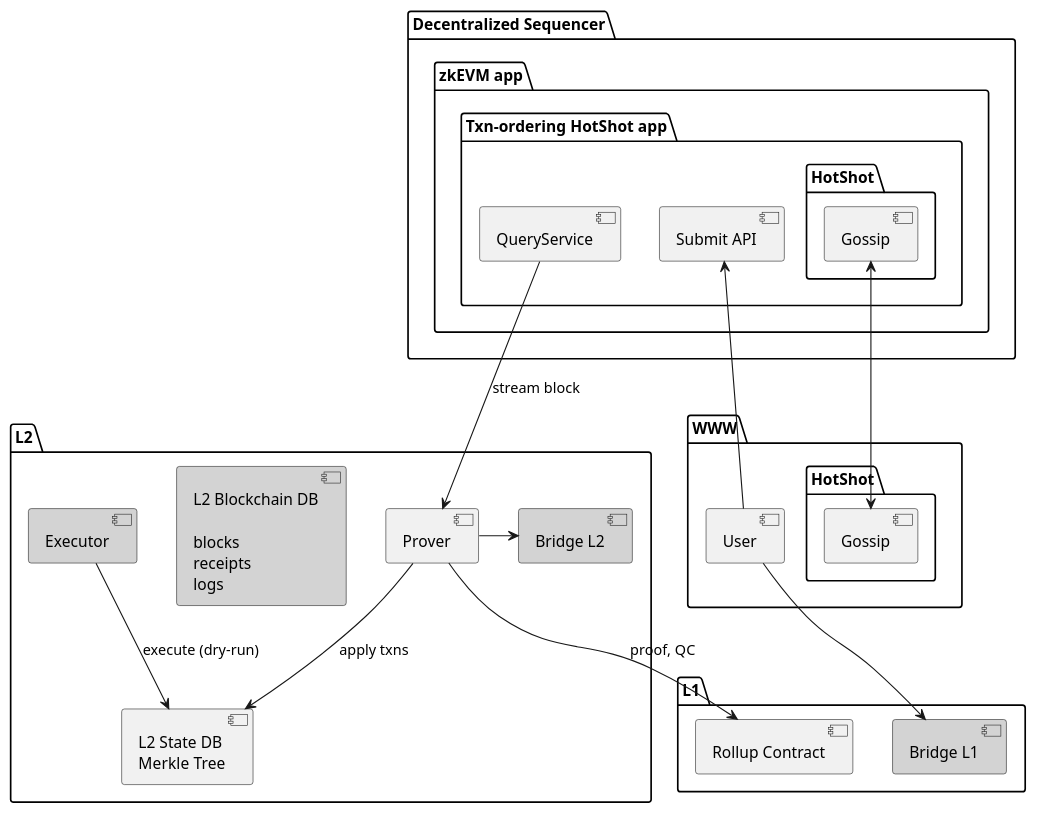
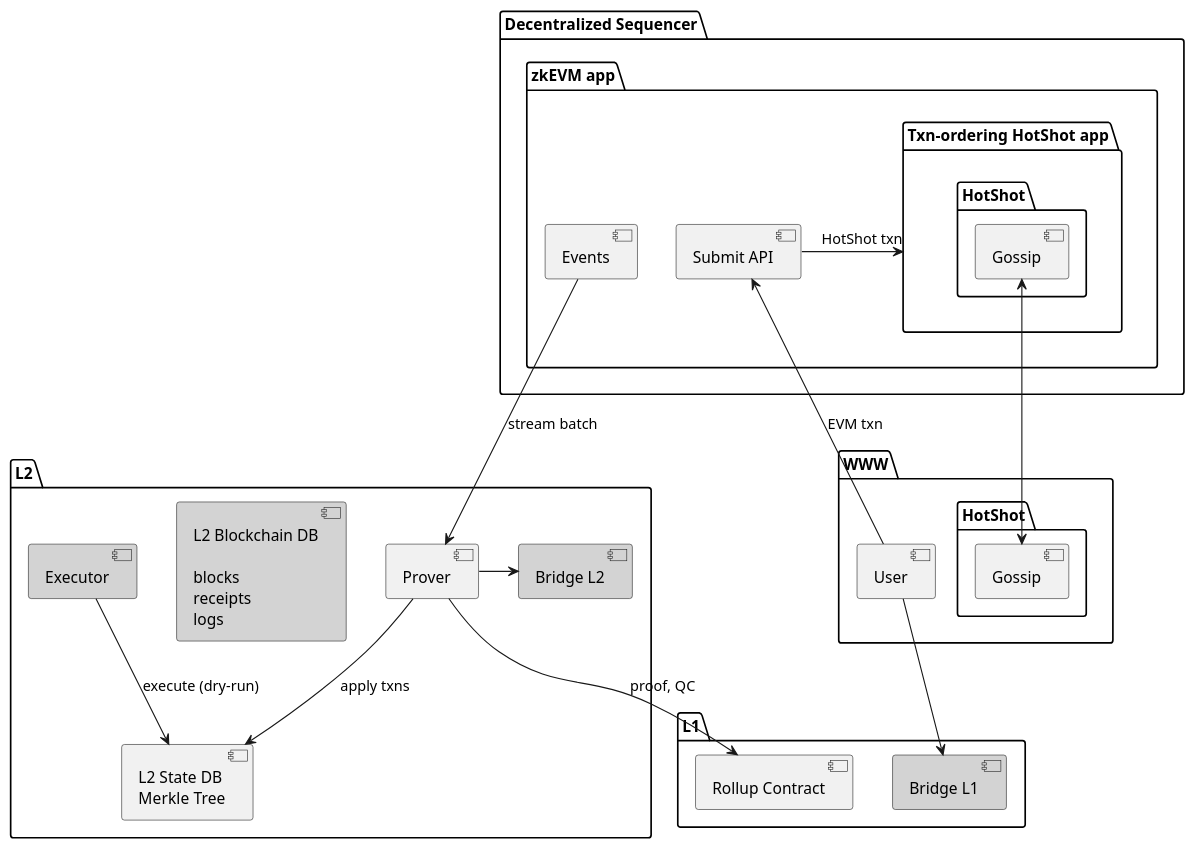
The diagram in doc/architecture.puml (EspressoSystems/espresso-sequencer), drawn with PlantUML before and after one commit.

Commit message:
Better separation of Sequencer layers

```diff
--- a/doc/architecture.puml
+++ b/doc/architecture.puml
@@ -1,54 +1,55 @@
 @startuml
 package "WWW" {
   component User
   package "HotShot" as HotShotExternal {
     component "Gossip" as GossipExternal
   }
 }
 
 package "Decentralized Sequencer" {
   package "zkEVM app" as zkApp {
+    component "Submit API" as Submit
+    component Events
     package "Txn-ordering HotShot app" as App {
-      component "Submit API" as Submit
-      component QueryService
       package HotShot {
         component "Gossip" as GossipInternal
       }
     }
   }
 }
 
 package L2 {
   component L2DB #lightgrey [
     L2 Blockchain DB
 
     blocks
     receipts
     logs
   ]
   component Prover
   component Executor #lightgrey
   component Tree [
     L2 State DB
     Merkle Tree
   ]
   component "Bridge L2" as BridgeL2 #lightgrey
 }
 
 package L1 {
   component Rollup [
     Rollup Contract
   ]
   component "Bridge L1" as BridgeL1 #lightgrey
 }
 
 GossipInternal <--> GossipExternal
 Prover -> BridgeL2
-User -down-> Submit
+User -down-> Submit: EVM txn
 User --> BridgeL1
+Submit -> App: HotShot txn
 
 Executor --> Tree: execute (dry-run)
 Prover --> Tree: apply txns
-QueryService --> Prover: stream block
+Events --> Prover: stream batch
 Prover --> Rollup: proof, QC
 @enduml
```
